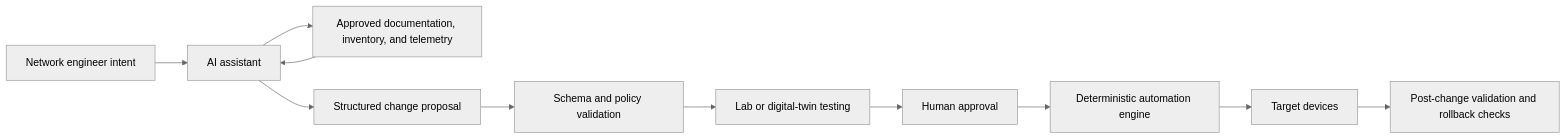
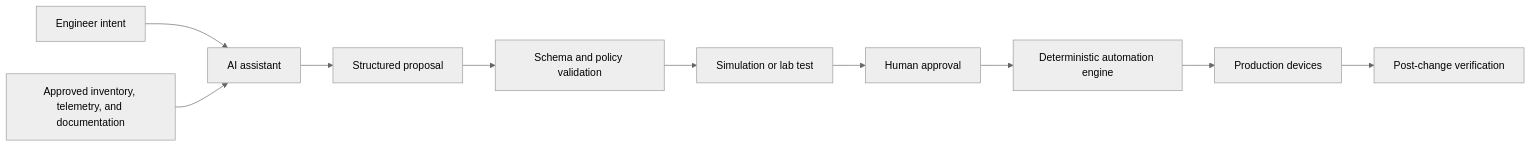
The sixth of 6 diagrams in Part1/Chapter1.md (tanthanh85/CCNPAUTO), drawn with Mermaid (neutral theme) before and after one commit. The commit also changed other lines of this file and 3 other files, not shown here.

````diff
--- a/Part1/Chapter1.md
+++ b/Part1/Chapter1.md
@@ -1059,13 +354,12 @@
 ```mermaid
 flowchart LR
-    User["Network engineer intent"] --> AI["AI assistant"]
-    AI --> RAG["Approved documentation, inventory, and telemetry"]
-    RAG --> AI
-    AI --> Proposal["Structured change proposal"]
-    Proposal --> Policy["Schema and policy validation"]
-    Policy --> Sim["Lab or digital-twin testing"]
-    Sim --> Approval["Human approval"]
+    Intent["Engineer intent"] --> AI["AI assistant"]
+    Knowledge["Approved inventory, telemetry, and documentation"] --> AI
+    AI --> Proposal["Structured proposal"]
+    Proposal --> Validate["Schema and policy validation"]
+    Validate --> Lab["Simulation or lab test"]
+    Lab --> Approval["Human approval"]
     Approval --> Engine["Deterministic automation engine"]
-    Engine --> Devices["Target devices"]
-    Devices --> Verify["Post-change validation and rollback checks"]
+    Engine --> Devices["Production devices"]
+    Devices --> Verify["Post-change verification"]
 ```
````
